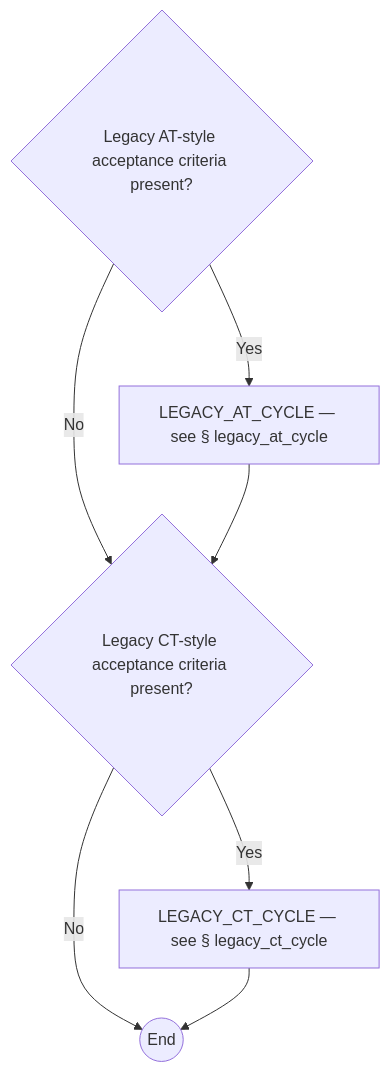
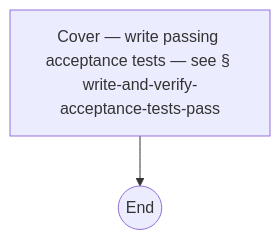
One commit to optivem/gh-optivem changed the ninth of 51 diagrams in docs/process-diagram.md. Above: the diagram before and after it, drawn with Mermaid. The commit also changed other lines of this file and 13 other files, not shown here.

````diff
--- a/docs/process-diagram.md
+++ b/docs/process-diagram.md
@@ -345,15 +177,7 @@
 ```mermaid
 flowchart TD
-    GATE_LEGACY_AT_PRESENT{Legacy AT-style acceptance criteria present?}
-    GATE_LEGACY_CT_PRESENT{Legacy CT-style acceptance criteria present?}
-    LEGACY_AT_CYCLE[LEGACY_AT_CYCLE — see § legacy_at_cycle]
-    LEGACY_CT_CYCLE[LEGACY_CT_CYCLE — see § legacy_ct_cycle]
-    LEGACY_END((End))
+    COVER_END((End))
+    WRITE_AND_VERIFY_ACCEPTANCE_TESTS_PASS[Cover — write passing acceptance tests — see § write-and-verify-acceptance-tests-pass]
 
-    GATE_LEGACY_AT_PRESENT -- Yes --> LEGACY_AT_CYCLE
-    GATE_LEGACY_AT_PRESENT -- No --> GATE_LEGACY_CT_PRESENT
-    LEGACY_AT_CYCLE --> GATE_LEGACY_CT_PRESENT
-    GATE_LEGACY_CT_PRESENT -- Yes --> LEGACY_CT_CYCLE
-    GATE_LEGACY_CT_PRESENT -- No --> LEGACY_END
-    LEGACY_CT_CYCLE --> LEGACY_END
+    WRITE_AND_VERIFY_ACCEPTANCE_TESTS_PASS --> COVER_END
 ```
````
